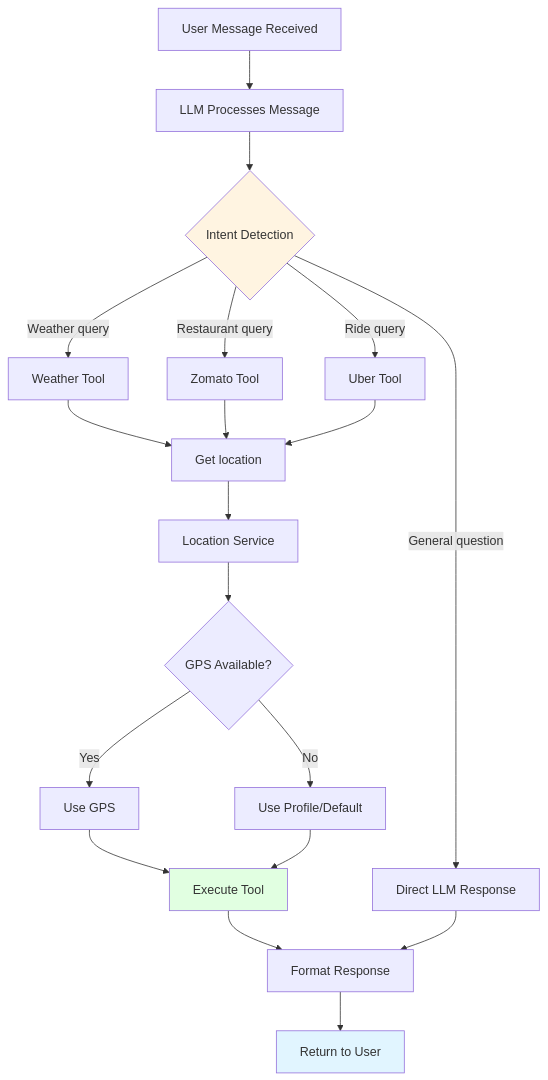
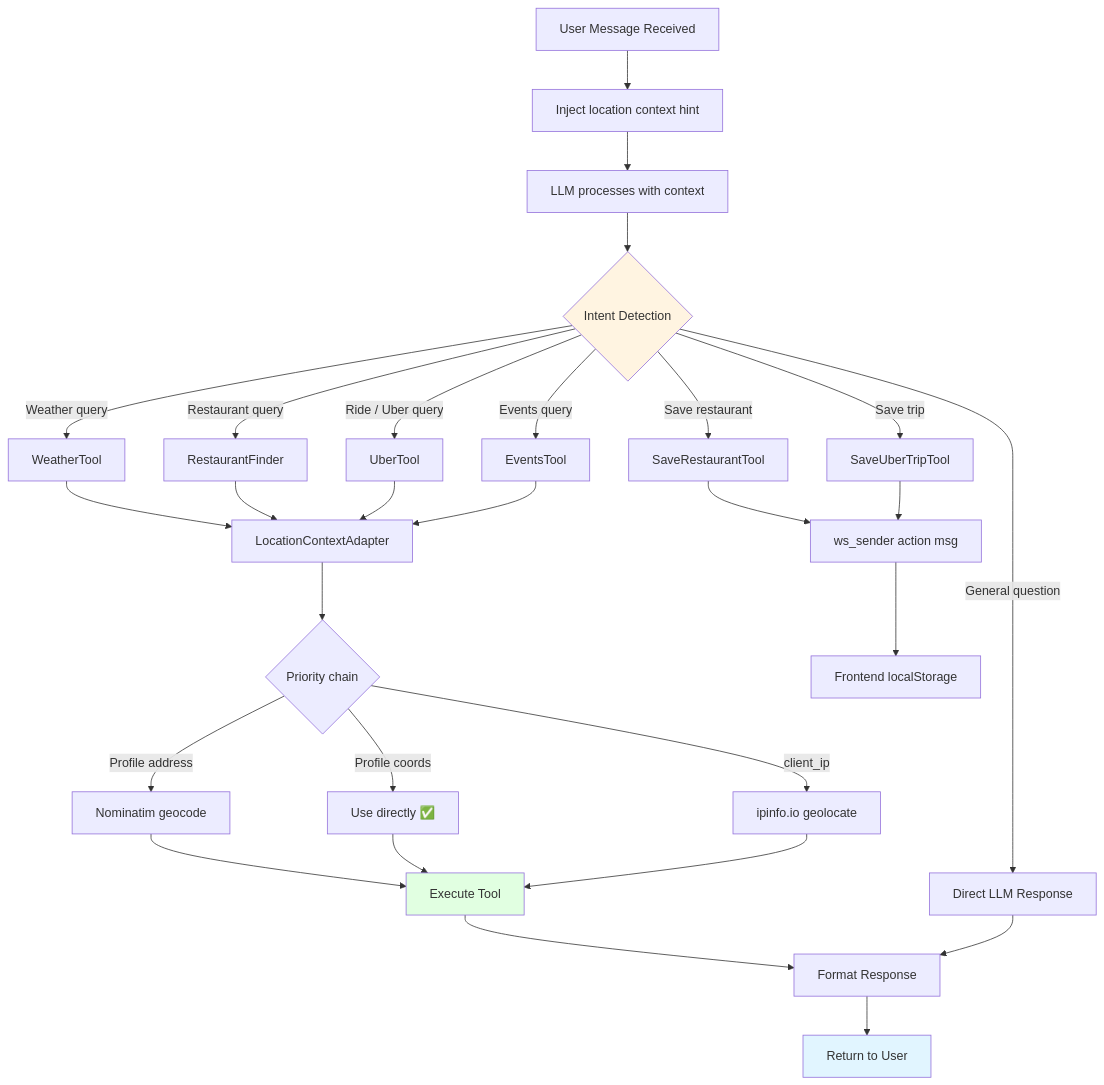
One commit to saikiranaravala/PersonalizedVoiceLocationAwareAgent changed diagram 14 of 31 in docs/DIAGRAMS.md. Above: the diagram before and after it, drawn with Mermaid. The commit also changed other lines of this file and 4 other files, not shown here.

````diff
--- a/docs/DIAGRAMS.md
+++ b/docs/DIAGRAMS.md
@@ -367,31 +488,41 @@
 ```mermaid
 flowchart TD
-    A[User Message Received] --> B[LLM Processes Message]
-    B --> C{Intent Detection}
-    
-    C -->|Weather query| D[Weather Tool]
-    C -->|Restaurant query| E[Zomato Tool]
-    C -->|Ride query| F[Uber Tool]
-    C -->|General question| G[Direct LLM Response]
-    
-    D --> H[Get location]
-    E --> H
-    F --> H
-    
-    H --> I[Location Service]
-    I --> J{GPS Available?}
-    J -->|Yes| K[Use GPS]
-    J -->|No| L[Use Profile/Default]
-    
-    K --> M[Execute Tool]
-    L --> M
-    
-    M --> N[Format Response]
-    G --> N
-    
-    N --> O[Return to User]
-    
-    style C fill:#fff4e1
-    style M fill:#e1ffe1
-    style O fill:#e1f5ff
+    A[User Message Received] --> B[Inject location context hint]
+    B --> C[LLM processes with context]
+    C --> D{Intent Detection}
+
+    D -->|Weather query| E[WeatherTool]
+    D -->|Restaurant query| F[RestaurantFinder]
+    D -->|Ride / Uber query| G[UberTool]
+    D -->|Events query| H[EventsTool]
+    D -->|Save restaurant| I[SaveRestaurantTool]
+    D -->|Save trip| J[SaveUberTripTool]
+    D -->|General question| K[Direct LLM Response]
+
+    E --> L[LocationContextAdapter]
+    F --> L
+    G --> L
+    H --> L
+
+    L --> M{Priority chain}
+    M -->|Profile coords| N[Use directly ✅]
+    M -->|Profile address| O[Nominatim geocode]
+    M -->|client_ip| P[ipinfo.io geolocate]
+
+    O --> Q[Execute Tool]
+    N --> Q
+    P --> Q
+
+    I --> R[ws_sender action msg]
+    J --> R
+
+    Q --> S[Format Response]
+    K --> S
+    R --> T[Frontend localStorage]
+
+    S --> U[Return to User]
+
+    style D fill:#fff4e1
+    style Q fill:#e1ffe1
+    style U fill:#e1f5ff
 ```
````
